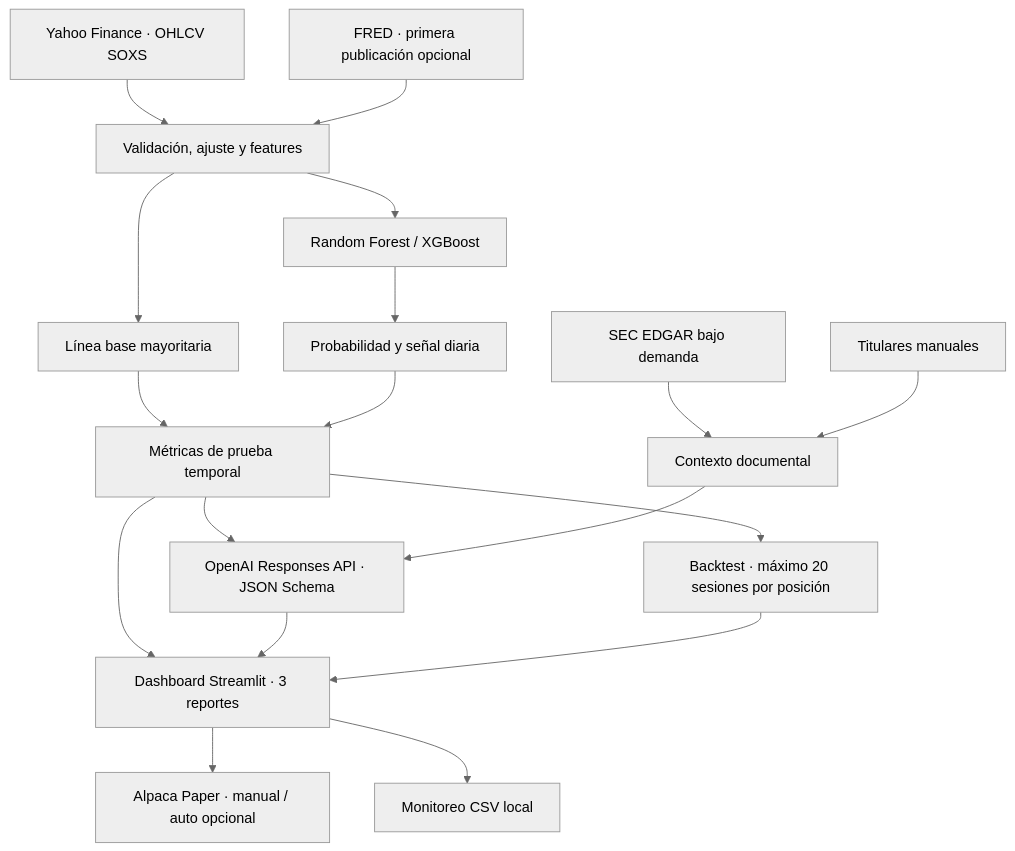
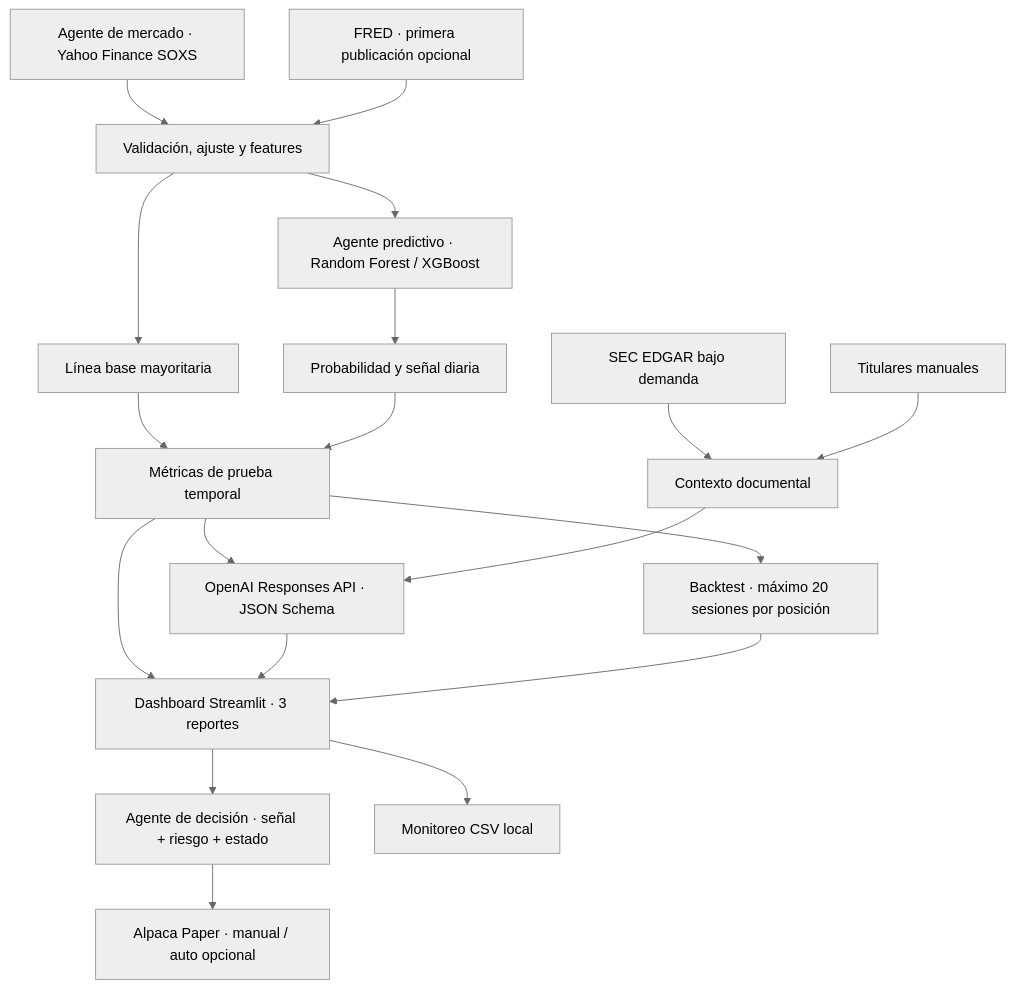
The diagram in ARQUITECTURA.md (dantte08/soxs-analisis-tactico), drawn with Mermaid (neutral theme) before and after one commit. The commit also changed other lines of this file and 6 other files, not shown here.

````diff
--- a/ARQUITECTURA.md
+++ b/ARQUITECTURA.md
@@ -3,20 +3,21 @@
 ```mermaid
 flowchart TD
-    YF["Yahoo Finance · OHLCV SOXS"] --> ETL["Validación, ajuste y features"]
+    YF["Agente de mercado · Yahoo Finance SOXS"] --> ETL["Validación, ajuste y features"]
     FRED["FRED · primera publicación opcional"] --> ETL
-    ETL --> ML["Random Forest / XGBoost"]
+    ETL --> ML["Agente predictivo · Random Forest / XGBoost"]
     ETL --> BASE["Línea base mayoritaria"]
     ML --> PRED["Probabilidad y señal diaria"]
     BASE --> CMP["Métricas de prueba temporal"]
     PRED --> CMP
     CMP --> BT["Backtest · máximo 20 sesiones por posición"]
     SEC["SEC EDGAR bajo demanda"] --> CONTEXT["Contexto documental"]
     TEXT["Titulares manuales"] --> CONTEXT
     CMP --> LLM["OpenAI Responses API · JSON Schema"]
     CONTEXT --> LLM
     CMP --> UI["Dashboard Streamlit · 3 reportes"]
     LLM --> UI
     BT --> UI
-    UI --> PAPER["Alpaca Paper · manual / auto opcional"]
+    UI --> DEC["Agente de decisión · señal + riesgo + estado"]
+    DEC --> PAPER["Alpaca Paper · manual / auto opcional"]
     UI --> MON["Monitoreo CSV local"]
 ```
````
